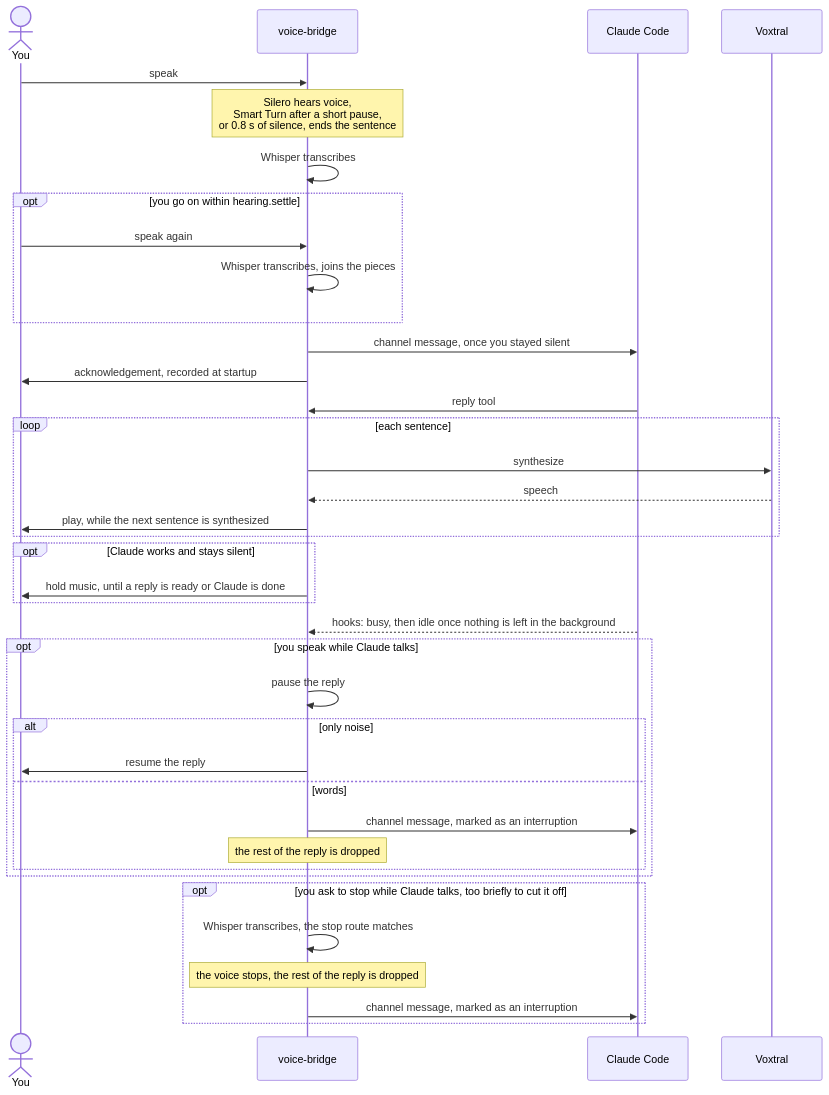
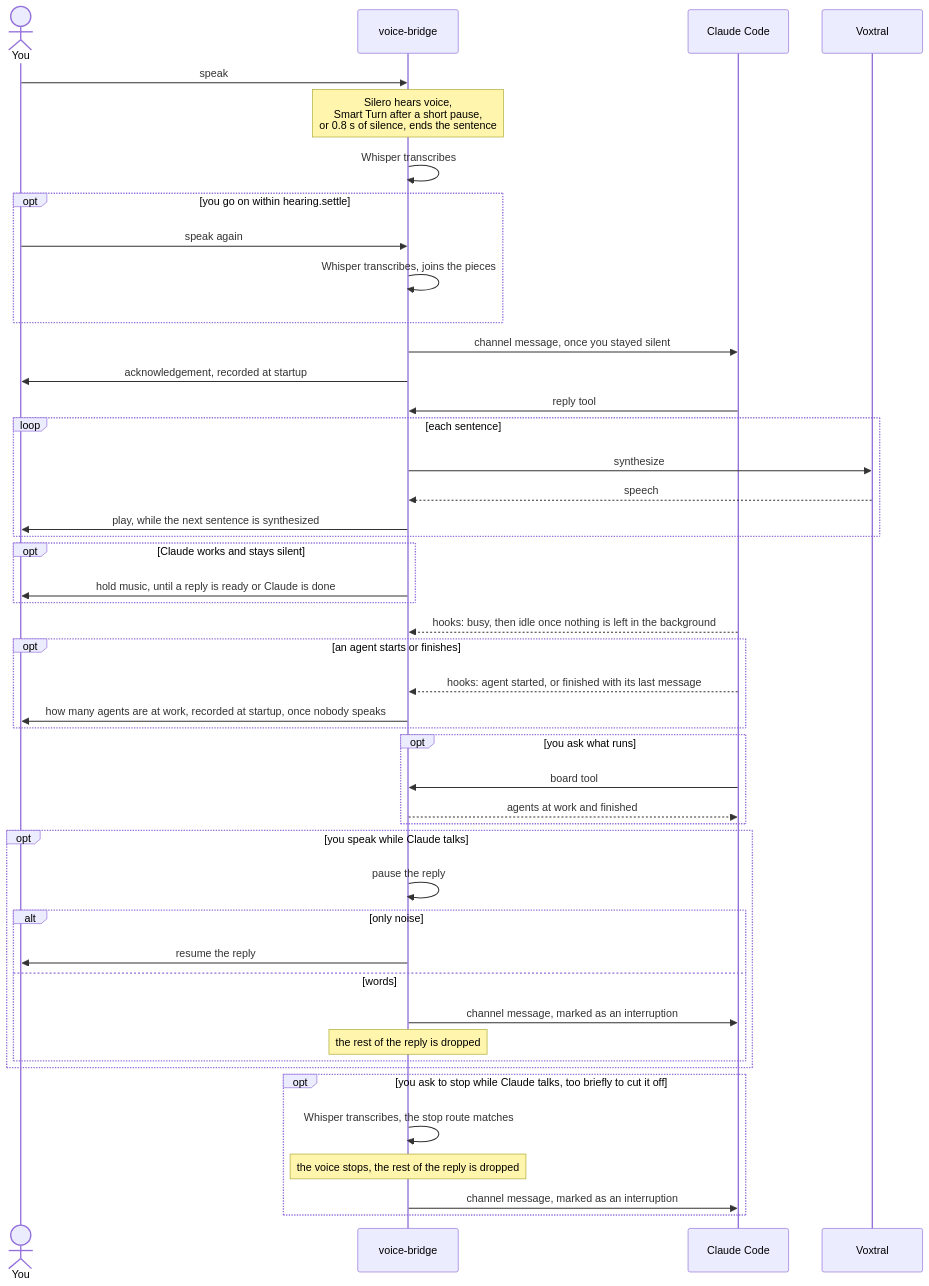
The second of 3 diagrams in README.md (marc-gavanier/voice-bridge), drawn with Mermaid before and after one commit. The commit also changed other lines of this file and 2 other files, not shown here.

First line of the commit message:
docs: record how the bridge keeps and speaks the board of agents

````diff
--- a/README.md
+++ b/README.md
@@ -48,41 +49,49 @@
 ```mermaid
 sequenceDiagram
     actor you as You
     participant bridge as voice-bridge
     participant claude as Claude Code
     participant voxtral as Voxtral
 
     you->>bridge: speak
     Note over bridge: Silero hears voice,<br/>Smart Turn after a short pause,<br/>or 0.8 s of silence, ends the sentence
     bridge->>bridge: Whisper transcribes
     opt you go on within hearing.settle
         you->>bridge: speak again
         bridge->>bridge: Whisper transcribes, joins the pieces
     end
     bridge->>claude: channel message, once you stayed silent
     bridge->>you: acknowledgement, recorded at startup
     claude->>bridge: reply tool
     loop each sentence
         bridge->>voxtral: synthesize
         voxtral-->>bridge: speech
         bridge->>you: play, while the next sentence is synthesized
     end
     opt Claude works and stays silent
         bridge->>you: hold music, until a reply is ready or Claude is done
     end
     claude-->>bridge: hooks: busy, then idle once nothing is left in the background
+    opt an agent starts or finishes
+        claude-->>bridge: hooks: agent started, or finished with its last message
+        bridge->>you: how many agents are at work, recorded at startup, once nobody speaks
+    end
+    opt you ask what runs
+        claude->>bridge: board tool
+        bridge-->>claude: agents at work and finished
+    end
     opt you speak while Claude talks
         bridge->>bridge: pause the reply
         alt only noise
             bridge->>you: resume the reply
         else words
             bridge->>claude: channel message, marked as an interruption
             Note over bridge: the rest of the reply is dropped
         end
     end
     opt you ask to stop while Claude talks, too briefly to cut it off
         bridge->>bridge: Whisper transcribes, the stop route matches
         Note over bridge: the voice stops, the rest of the reply is dropped
         bridge->>claude: channel message, marked as an interruption
     end
 ```
````
